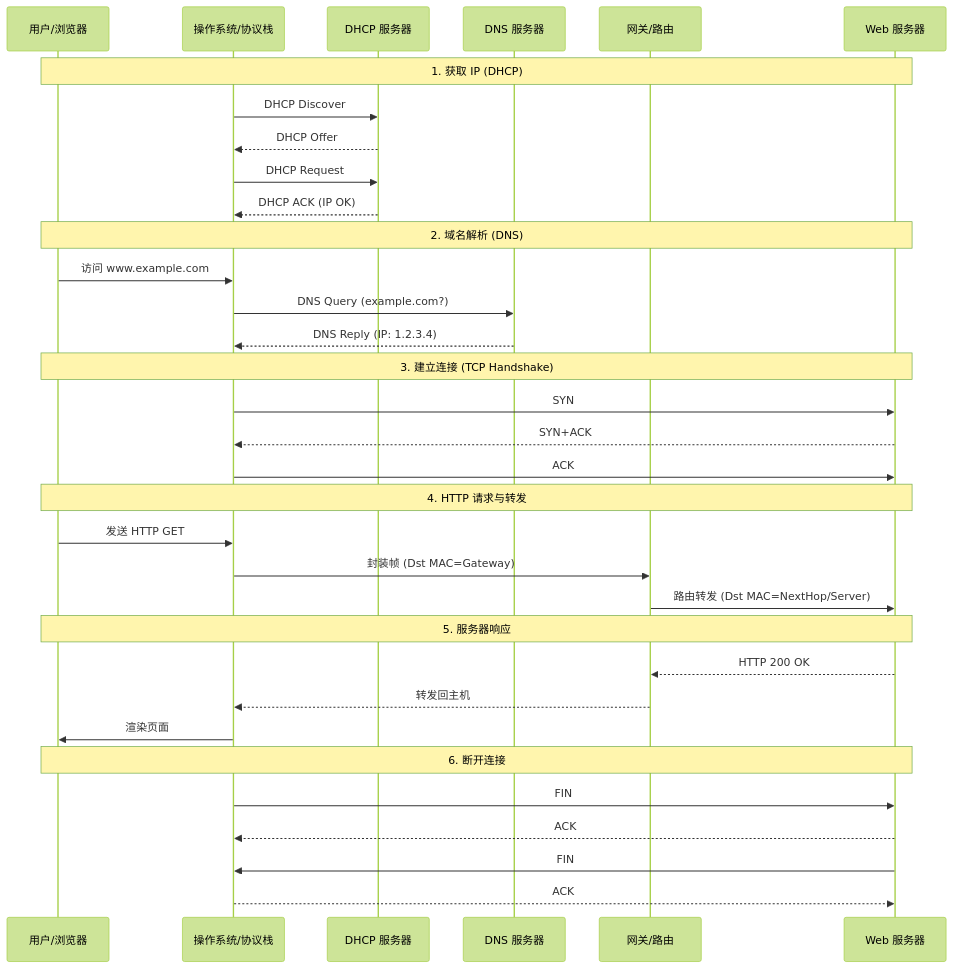
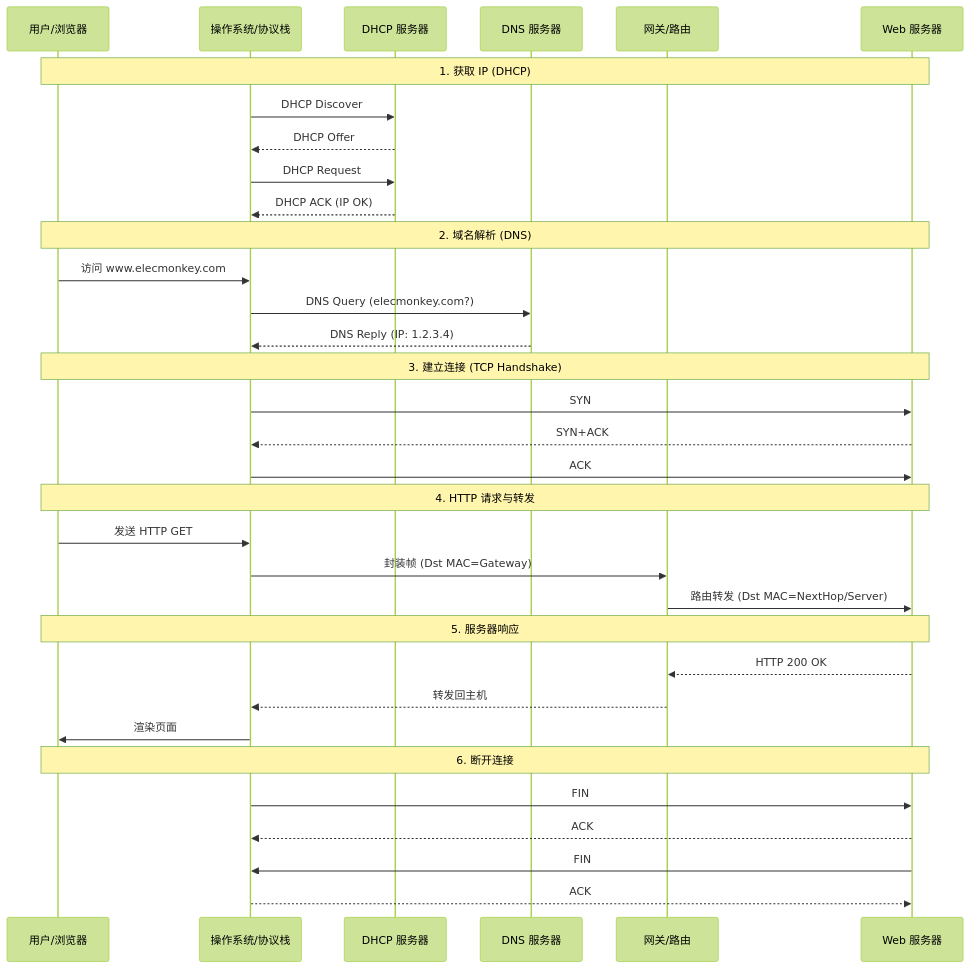
Before and after one commit to elecmonkey/elecmonkey-notebook: the third of 3 diagrams in docs/computer-networking/ch06-link-layer.md, drawn with Mermaid (forest theme). The commit also changed other lines of this file and 5 other files, not shown here.

````diff
--- a/docs/computer-networking/ch06-link-layer.md
+++ b/docs/computer-networking/ch06-link-layer.md
@@ -667,41 +667,41 @@
 ```mermaid
 sequenceDiagram
     participant User as 用户/浏览器
     participant OS as 操作系统/协议栈
     participant DHCP as DHCP 服务器
     participant DNS as DNS 服务器
     participant Gateway as 网关/路由
     participant Web as Web 服务器
     
     Note over User, Web: 1. 获取 IP (DHCP)
     OS->>DHCP: DHCP Discover
     DHCP-->>OS: DHCP Offer
     OS->>DHCP: DHCP Request
     DHCP-->>OS: DHCP ACK (IP OK)
     
     Note over User, Web: 2. 域名解析 (DNS)
-    User->>OS: 访问 www.example.com
-    OS->>DNS: DNS Query (example.com?)
+    User->>OS: 访问 www.elecmonkey.com
+    OS->>DNS: DNS Query (elecmonkey.com?)
     DNS-->>OS: DNS Reply (IP: 1.2.3.4)
     
     Note over User, Web: 3. 建立连接 (TCP Handshake)
     OS->>Web: SYN
     Web-->>OS: SYN+ACK
     OS->>Web: ACK
     
     Note over User, Web: 4. HTTP 请求与转发
     User->>OS: 发送 HTTP GET
     OS->>Gateway: 封装帧 (Dst MAC=Gateway)
     Gateway->>Web: 路由转发 (Dst MAC=NextHop/Server)
     
     Note over User, Web: 5. 服务器响应
     Web-->>Gateway: HTTP 200 OK
     Gateway-->>OS: 转发回主机
     OS->>User: 渲染页面
     
     Note over User, Web: 6. 断开连接
     OS->>Web: FIN
     Web-->>OS: ACK
     Web->>OS: FIN
     OS-->>Web: ACK
 ```
````
